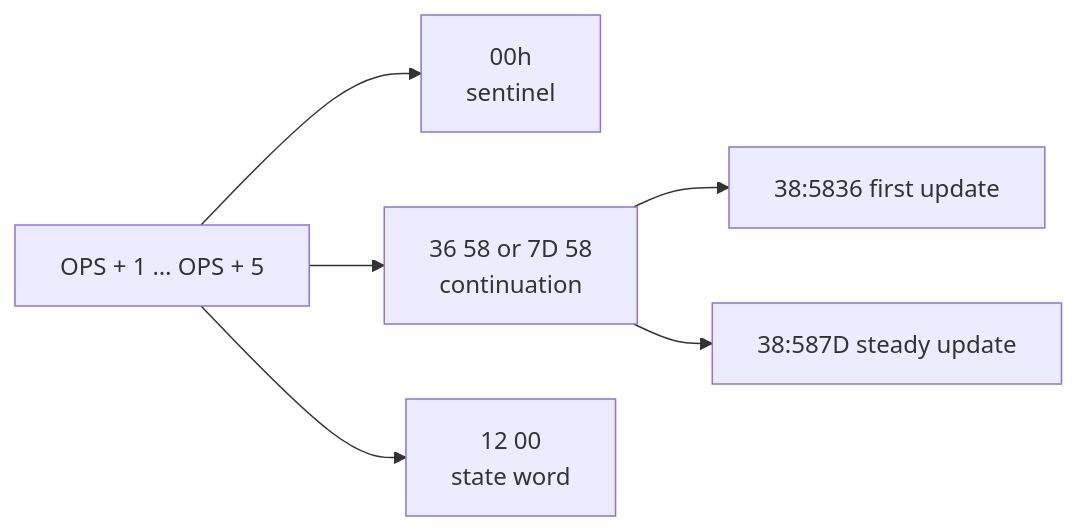
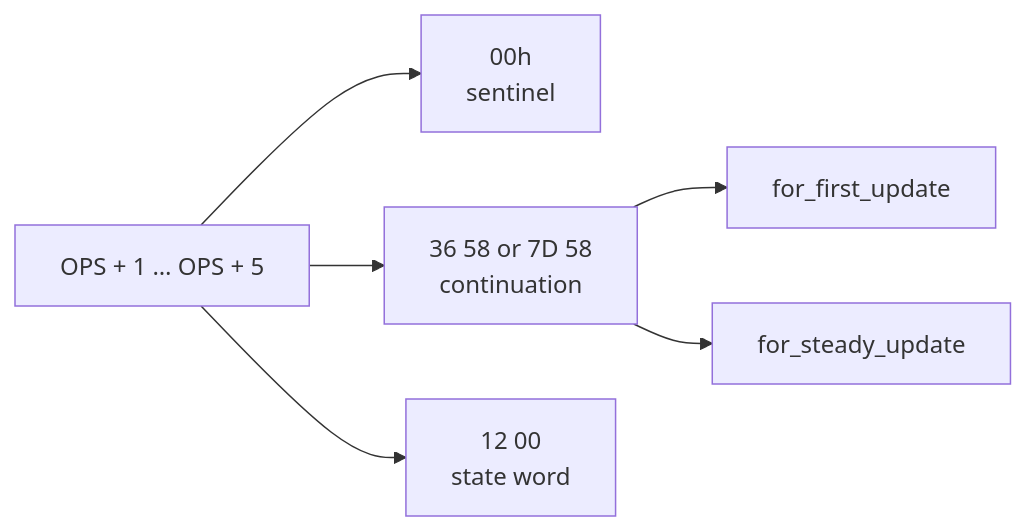
Before and after one commit to siraben/ti84p-re: the second of 2 diagrams in docs/sub-tibasic-for-paren.md, drawn with Mermaid. The commit also changed other lines of this file and 10 other files, not shown here.

````diff
--- a/docs/sub-tibasic-for-paren.md
+++ b/docs/sub-tibasic-for-paren.md
@@ -99,8 +100,8 @@
 ```mermaid
 flowchart LR
     R["OPS + 1 … OPS + 5"] --> Z["00h<br/>sentinel"]
     R --> C["36 58 or 7D 58<br/>continuation"]
     R --> S["12 00<br/>state word"]
-    C --> I["38:5836 first update"]
-    C --> T["38:587D steady update"]
+    C --> I["for_first_update"]
+    C --> T["for_steady_update"]
 ```
````
